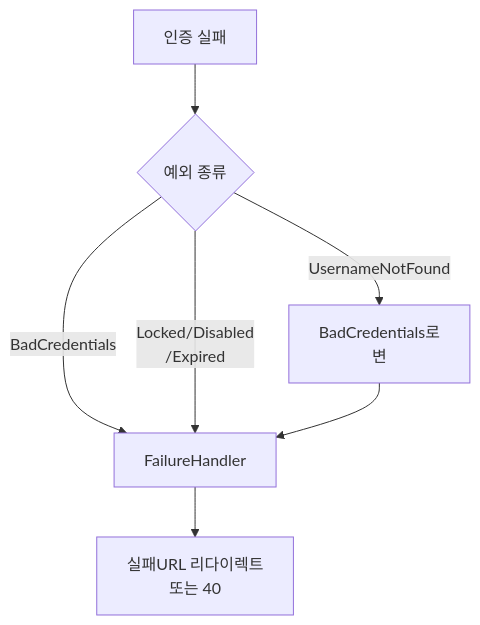
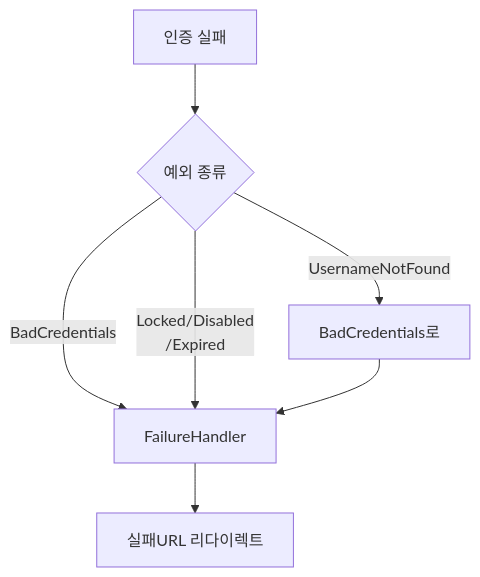
Before and after one commit to yjkim2015/yjkim2015.github.io: the second of 3 diagrams in _posts/security/2021-05-31-AuthenticationFlow.md, drawn with Mermaid. The commit also changed other lines of this file and 217 other files, not shown here.

First line of the commit message:
Mermaid 크기 수정: useMaxWidth:true + SVG max-width:100% + 라벨 축소

````diff
--- a/_posts/security/2021-05-31-AuthenticationFlow.md
+++ b/_posts/security/2021-05-31-AuthenticationFlow.md
@@ -143,9 +143,9 @@
 ```mermaid
 flowchart TD
     A["인증 실패"] --> B{"예외 종류"}
-    B -- "UsernameNotFound" --> C["BadCredentials로\n변"]
+    B -- "UsernameNotFound" --> C["BadCredentials로"]
     B -- "BadCredentials" --> D["FailureHandler"]
     B -- "Locked/Disabled\n/Expired" --> D
     C --> D
-    D --> E["실패URL 리다이렉트\n또는 40"]
+    D --> E["실패URL 리다이렉트"]
 ```
````
